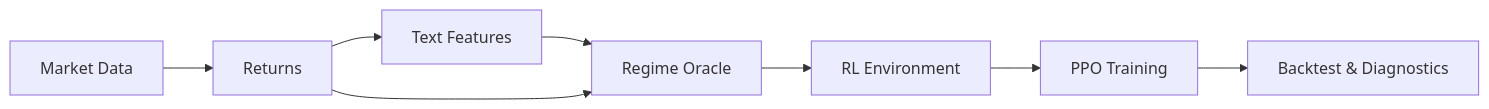
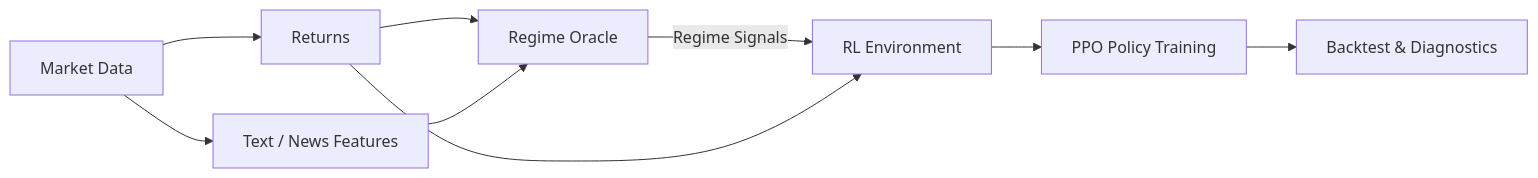
Before and after one commit to PrayYoung/r2pa: the diagram in README.md, drawn with Mermaid. The commit also changed other lines of this file, not shown here.

````diff
--- a/README.md
+++ b/README.md
@@ -25,10 +43,14 @@
 ```mermaid
 flowchart LR
-  A[Market Data] --> B[Returns]
-  B --> C[Text Features]
-  C --> D[Regime Oracle]
-  B --> D
-  D --> E[RL Environment]
-  E --> F[PPO Training]
-  F --> G[Backtest & Diagnostics]
+    A[Market Data] --> B[Returns]
+    A --> C[Text / News Features]
+
+    B --> D[Regime Oracle]
+    C --> D
+
+    D -->|Regime Signals| E[RL Environment]
+    B --> E
+
+    E --> F[PPO Policy Training]
+    F --> G[Backtest & Diagnostics]
 ```
````
